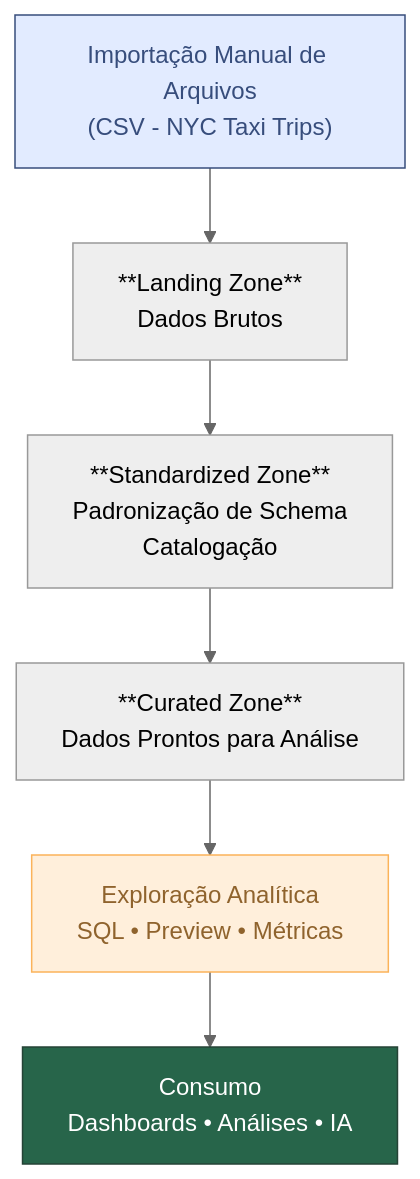
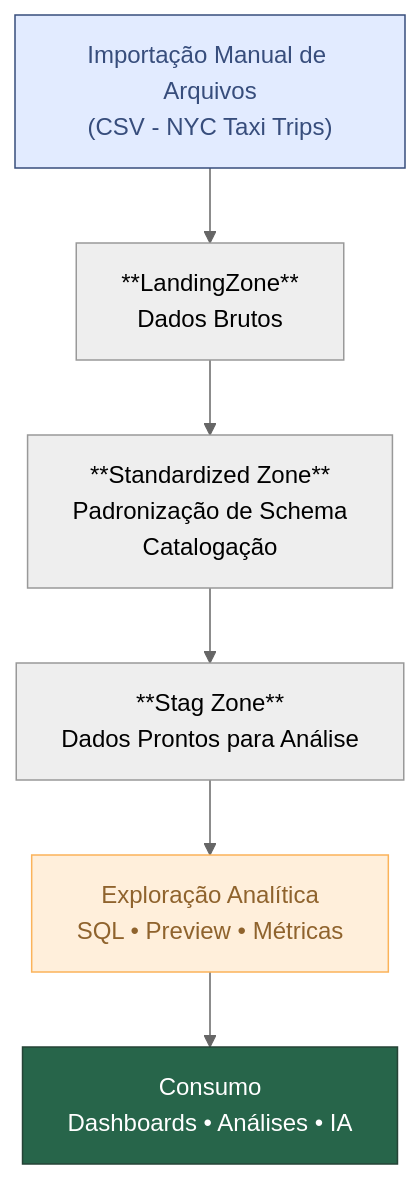
One commit to AndreaJama/ANDREA_COELLO_DDF_TECH_012026 changed the diagram in 03_explorar/README.md. Above: the diagram before and after it, drawn with Mermaid (neutral theme).

````diff
--- a/03_explorar/README.md
+++ b/03_explorar/README.md
@@ -9,19 +9,19 @@
 ```mermaid
 flowchart TB
-    A["Importação Manual de Arquivos<br>(CSV - NYC Taxi Trips)"] --> B["**Landing Zone**<br>Dados Brutos"]
+    A["Importação Manual de Arquivos<br>(CSV - NYC Taxi Trips)"] --> B["**LandingZone**<br>Dados Brutos"]
     B --> C["**Standardized Zone**<br>Padronização de Schema<br>Catalogação"]
-    C --> D["**Curated Zone**<br>Dados Prontos para Análise"]
+    C --> D["**Stag Zone**<br>Dados Prontos para Análise"]
     D --> E["Exploração Analítica<br>SQL • Preview • Métricas"]
     E --> F["Consumo<br>Dashboards • Análises • IA"]
 
      A:::Sky
      B:::Ash
      C:::Ash
      D:::Ash
      E:::Peach
      F:::Pine
     classDef Sky stroke-width:1px, stroke-dasharray:none, stroke:#374D7C, fill:#E2EBFF, color:#374D7C
     classDef Ash stroke-width:1px, stroke-dasharray:none, stroke:#999999, fill:#EEEEEE, color:#000000
     classDef Peach stroke-width:1px, stroke-dasharray:none, stroke:#FBB35A, fill:#FFEFDB, color:#8F632D
     classDef Pine stroke-width:1px, stroke-dasharray:none, stroke:#254336, fill:#27654A, color:#FFFFFF
 ```
````
